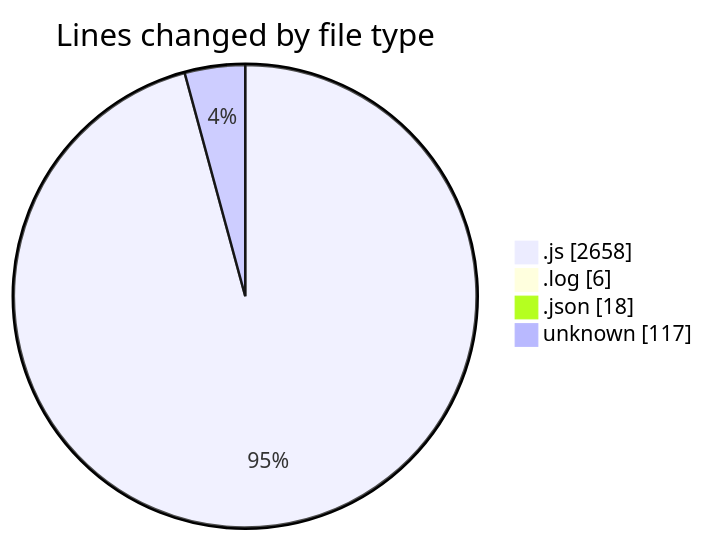
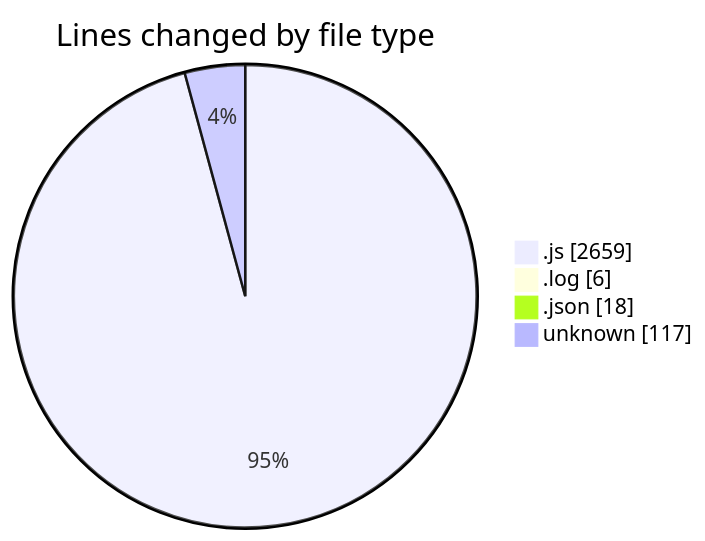
One commit to BS-eng2023/code-tracking changed the first of 2 diagrams in 2025-03-31/jsvms/README.md. Above: the diagram before and after it, drawn with Mermaid. The commit also changed other lines of this file and 1 other file, not shown here.

````diff
--- a/2025-03-31/jsvms/README.md
+++ b/2025-03-31/jsvms/README.md
@@ -49,8 +49,8 @@
 ```mermaid
 pie showData
 title Lines changed by file type
-".js" : 2658
+".js" : 2659
 ".log" : 6
 ".json" : 18
 "unknown" : 117
 ```
````
